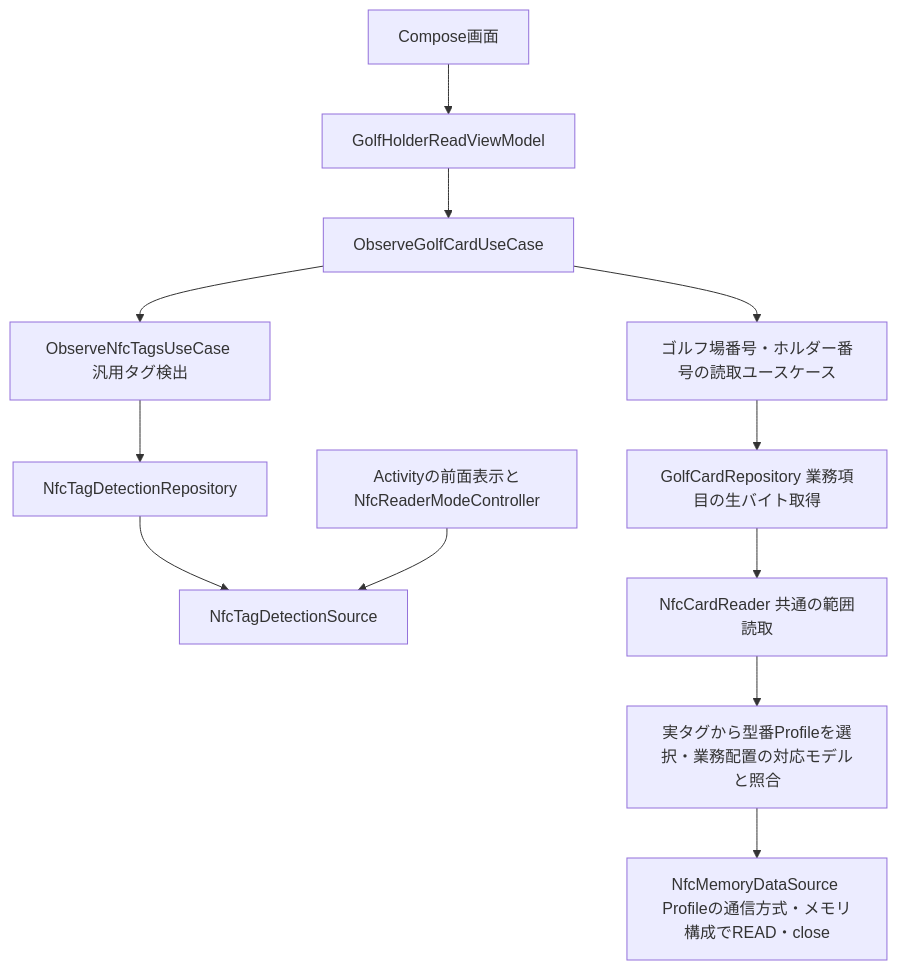
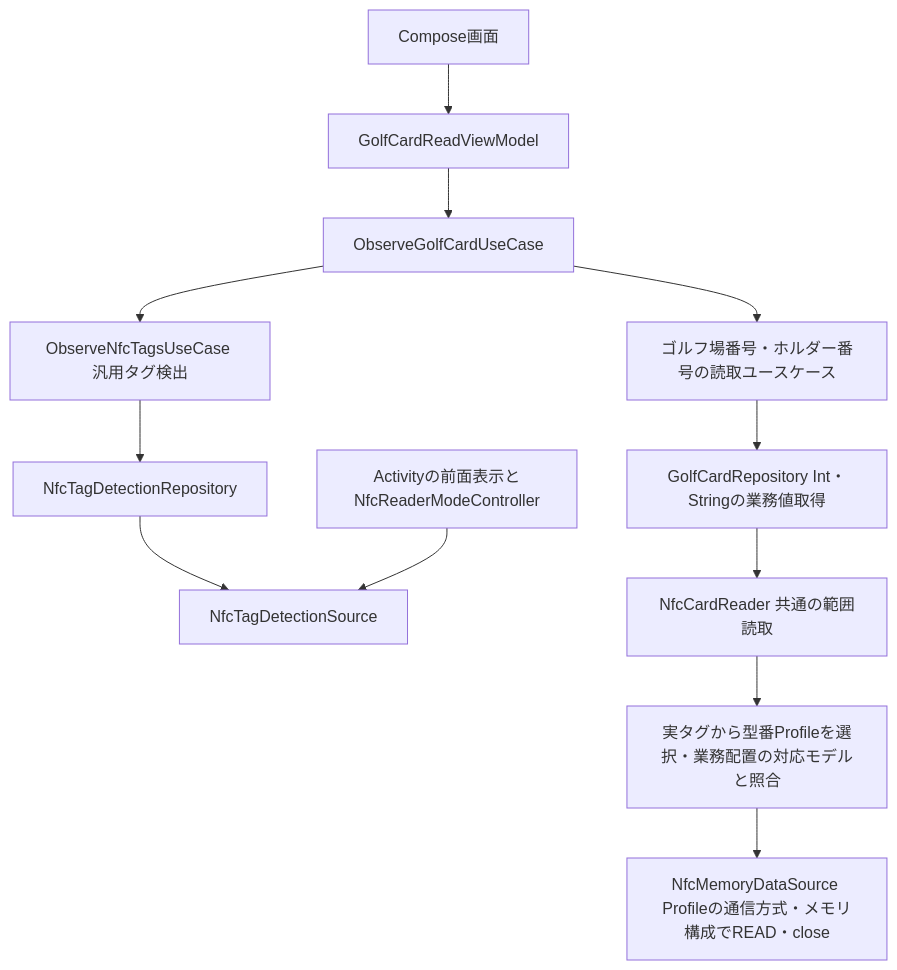
One commit to novum-d/cordova-native-gradle-workspace changed the diagram in docs/NFC_READER_DESIGN.md. Above: the diagram before and after it, drawn with Mermaid. The commit also changed other lines of this file and 84 other files, not shown here.

````diff
--- a/docs/NFC_READER_DESIGN.md
+++ b/docs/NFC_READER_DESIGN.md
@@ -9,14 +9,14 @@
 ```mermaid
 flowchart TD
-    UI[Compose画面] --> VM[GolfHolderReadViewModel]
+    UI[Compose画面] --> VM[GolfCardReadViewModel]
     VM --> Golf[ObserveGolfCardUseCase]
     Golf --> Detect[ObserveNfcTagsUseCase 汎用タグ検出]
     Detect --> DetectionRepo[NfcTagDetectionRepository]
     DetectionRepo --> Source[NfcTagDetectionSource]
     Host[Activityの前面表示とNfcReaderModeController] --> Source
     Golf --> Read[ゴルフ場番号・ホルダー番号の読取ユースケース]
-    Read --> CardRepo[GolfCardRepository 業務項目の生バイト取得]
+    Read --> CardRepo[GolfCardRepository Int・Stringの業務値取得]
     CardRepo --> CommonReader[NfcCardReader 共通の範囲読取]
     CommonReader --> Profile[実タグから型番Profileを選択・業務配置の対応モデルと照合]
     Profile --> IO[NfcMemoryDataSource Profileの通信方式・メモリ構成でREAD・close]
 ```
````
